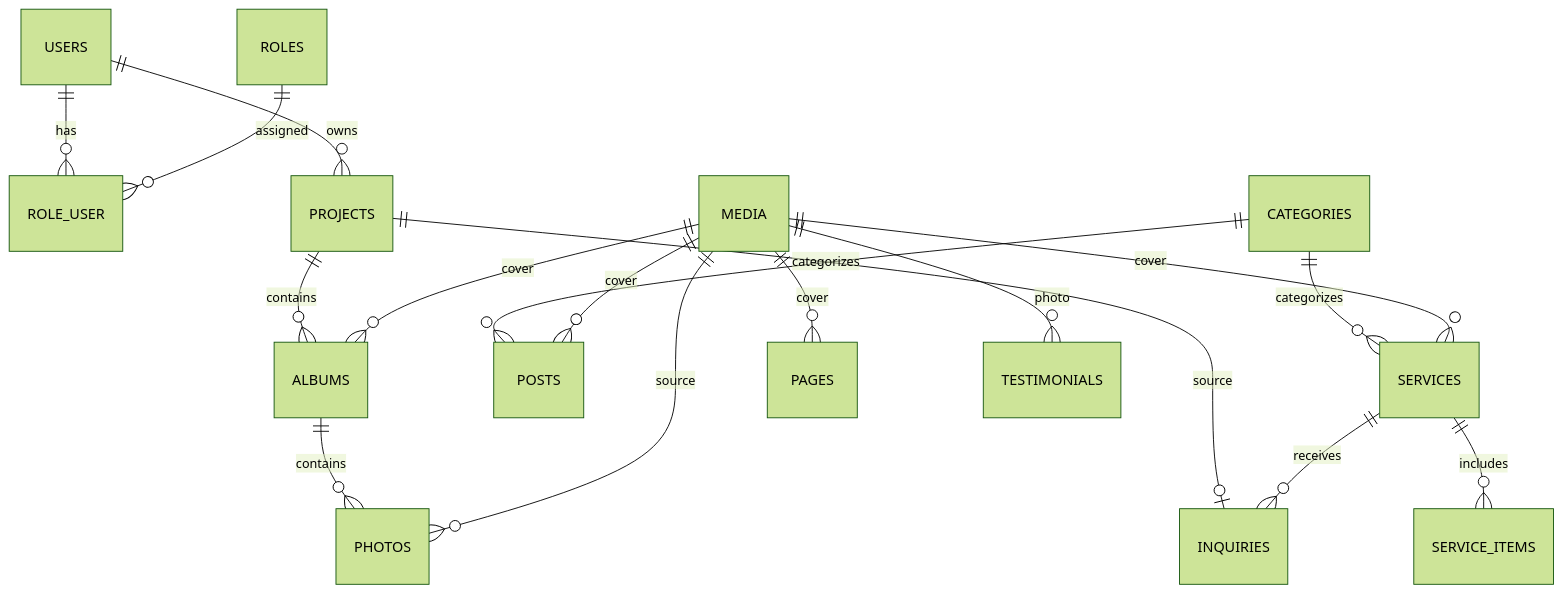
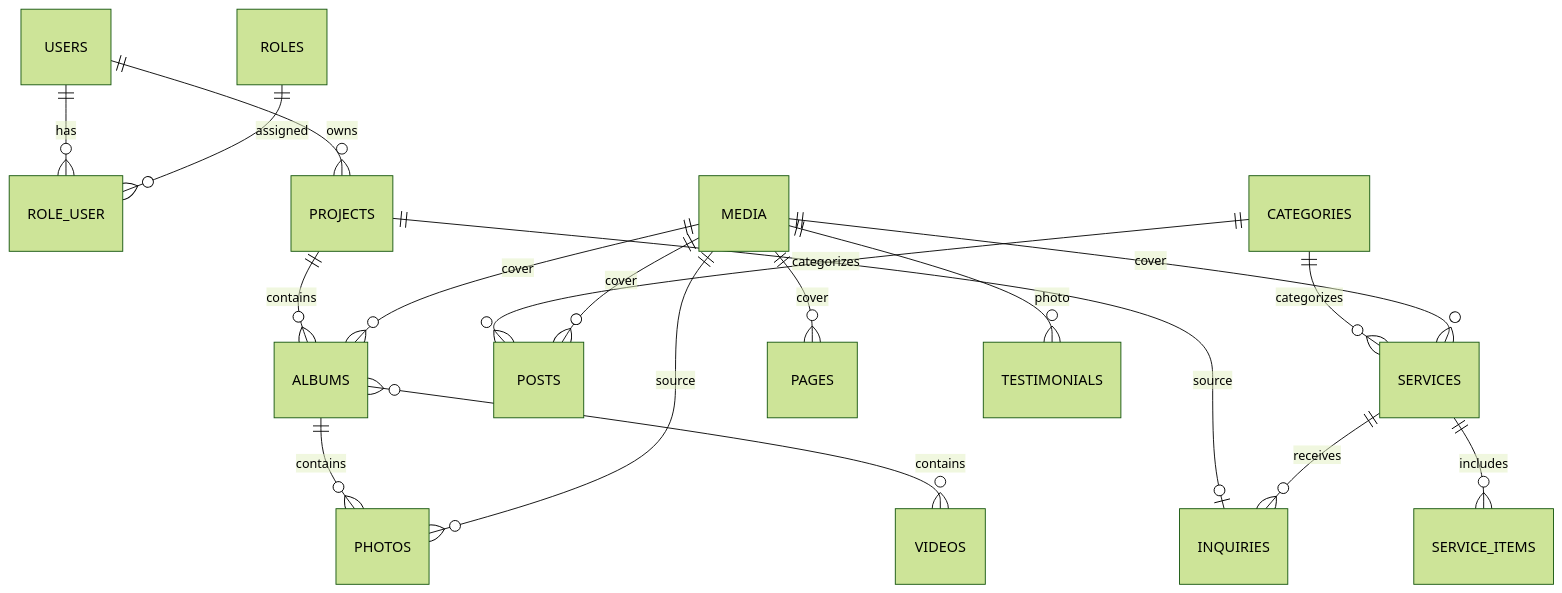
Before and after one commit to constklimenko/photostudio: the diagram in fotoskazka/database.md, drawn with Mermaid (forest theme). The commit also changed other lines of this file and 17 other files, not shown here.

````diff
--- a/fotoskazka/database.md
+++ b/fotoskazka/database.md
@@ -47,27 +47,28 @@
 ```mermaid
 erDiagram
 
     USERS ||--o{ ROLE_USER : has
     ROLES ||--o{ ROLE_USER : assigned
 
     USERS ||--o{ PROJECTS : owns
 
     CATEGORIES ||--o{ SERVICES : categorizes
     CATEGORIES ||--o{ POSTS : categorizes
 
     PROJECTS ||--o{ ALBUMS : contains
     PROJECTS ||--o| INQUIRIES : source
     ALBUMS ||--o{ PHOTOS : contains
+    ALBUMS }o--o{ VIDEOS : contains
 
     MEDIA ||--o{ PHOTOS : source
 
     MEDIA ||--o{ POSTS : cover
     MEDIA ||--o{ SERVICES : cover
     MEDIA ||--o{ ALBUMS : cover
     MEDIA ||--o{ PAGES : cover
     MEDIA ||--o{ TESTIMONIALS : photo
 
     SERVICES ||--o{ INQUIRIES : receives
     SERVICES ||--o{ SERVICE_ITEMS : includes
 
 ```
````
